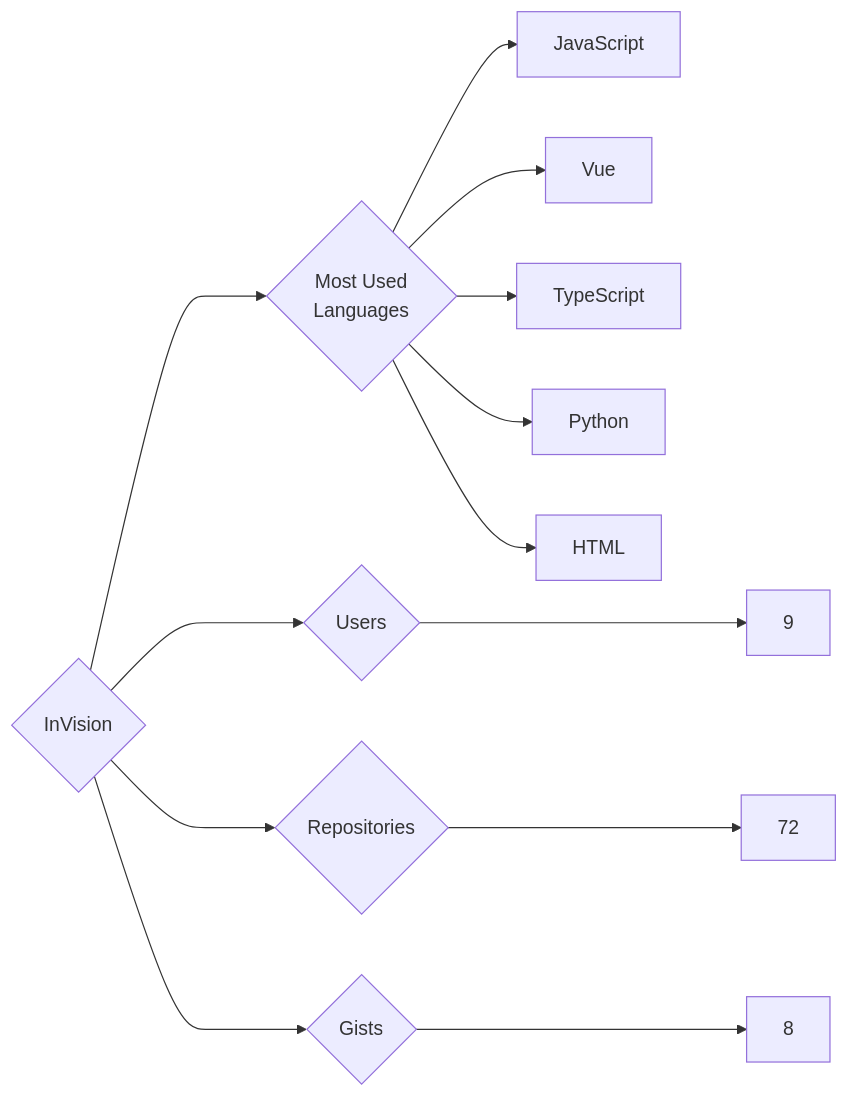
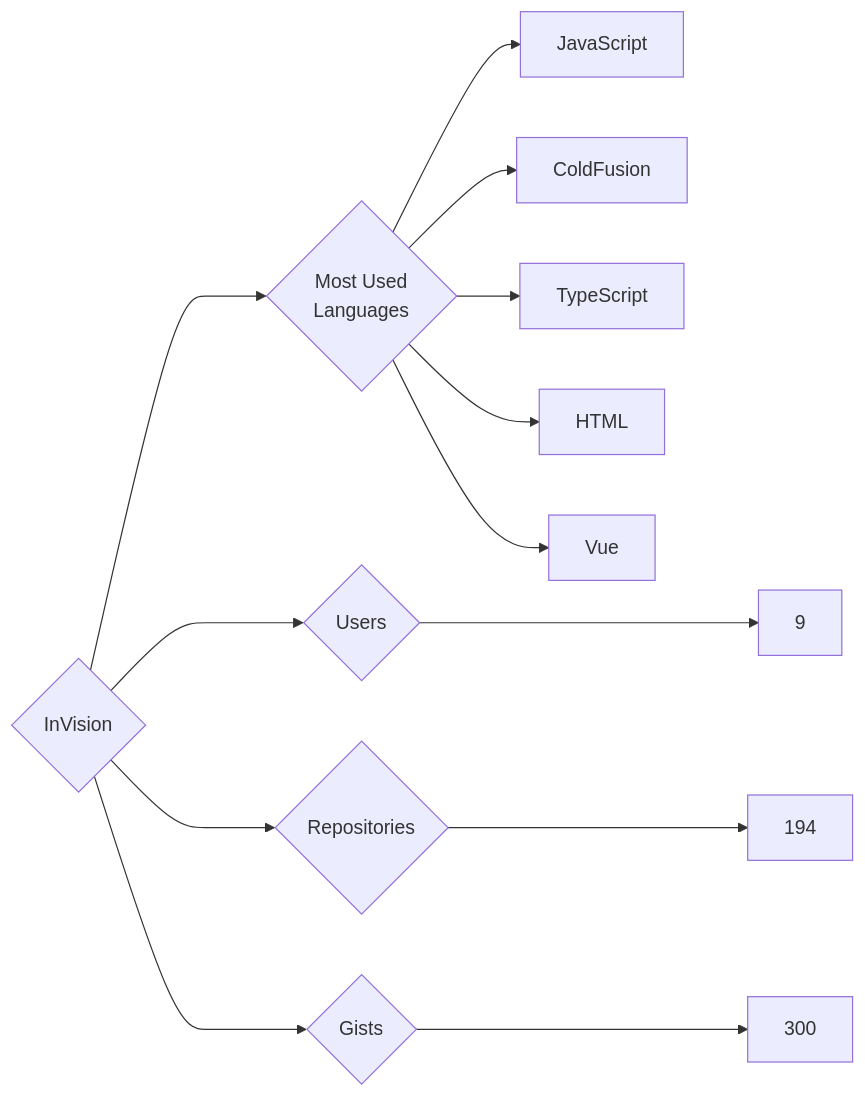
One commit to trickest/insiders changed the diagram in targets/InVision/README.md. Above: the diagram before and after it, drawn with Mermaid. The commit also changed 914 other files, not shown here.

````diff
--- a/targets/InVision/README.md
+++ b/targets/InVision/README.md
@@ -3,13 +3,13 @@
 ```mermaid
 graph LR
 COMPANY_NAME{InVision}
 COMPANY_NAME ---> U{Users} ---> UN[9]
-COMPANY_NAME ---> R{Repositories} ---> RN[72]
-COMPANY_NAME ---> G{Gists} ---> GN[8]
+COMPANY_NAME ---> R{Repositories} ---> RN[194]
+COMPANY_NAME ---> G{Gists} ---> GN[300]
 COMPANY_NAME ---> ML{Most Used<br>Languages}
 ML --> JavaScript[JavaScript]
+ML --> ColdFusion[ColdFusion]
+ML --> TypeScript[TypeScript]
+ML --> HTML[HTML]
 ML --> Vue[Vue]
-ML --> TypeScript[TypeScript]
-ML --> Python[Python]
-ML --> HTML[HTML]
 ```
````
